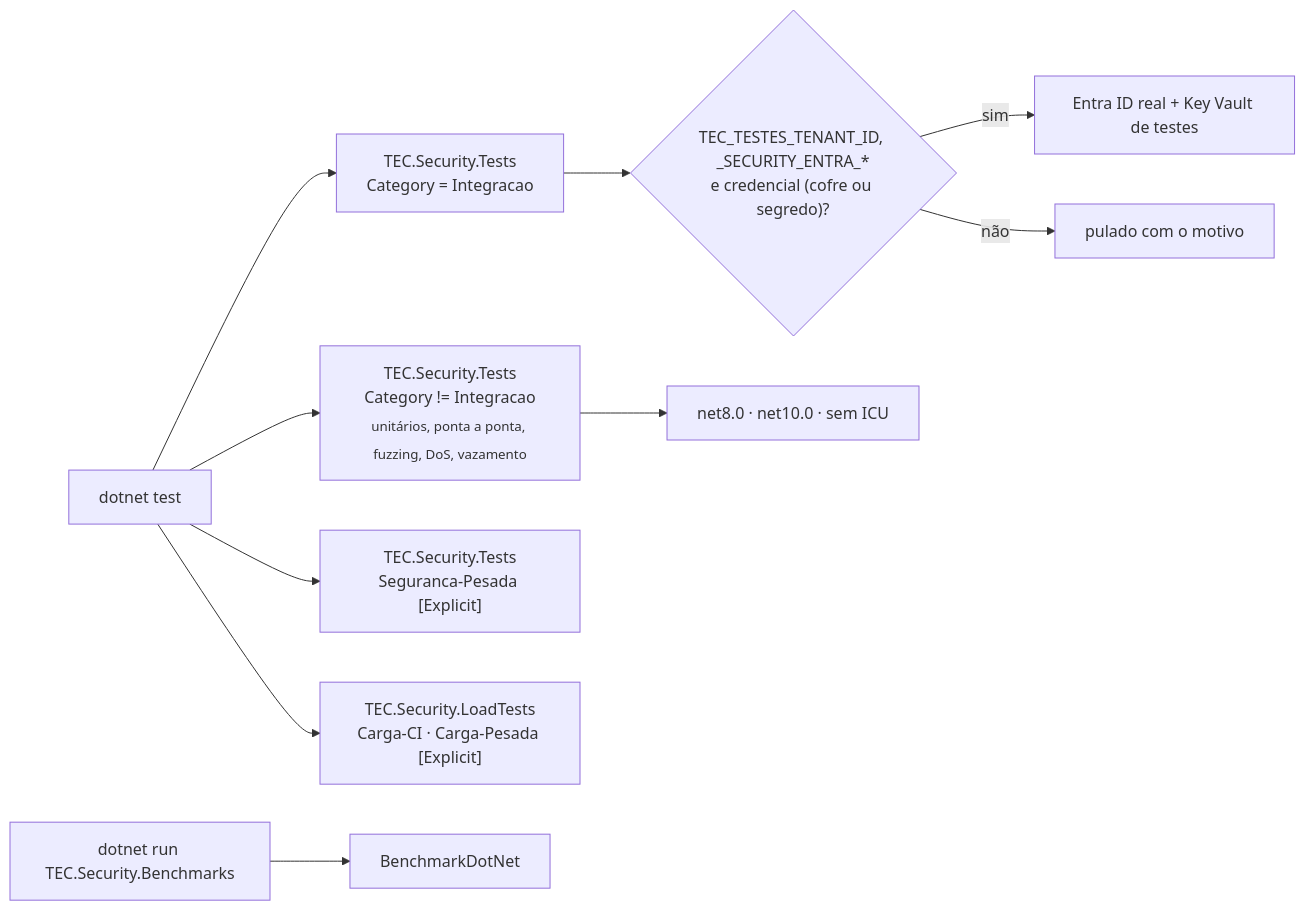
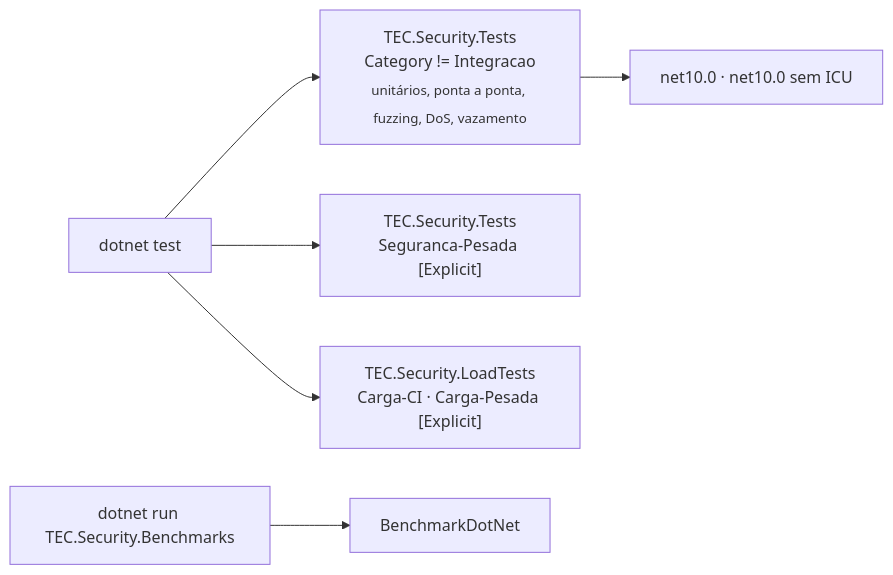
Before and after one commit to tudoemcodigo/lib-tec-security: the diagram in docs/testes.md, drawn with Mermaid. The commit also changed other lines of this file and 75 other files, not shown here.

````diff
--- a/docs/testes.md
+++ b/docs/testes.md
@@ -31,12 +30,8 @@
 ```mermaid
 flowchart LR
     T["dotnet test"] --> U["TEC.Security.Tests<br/>Category != Integracao<br/><sub>unitários, ponta a ponta, fuzzing, DoS, vazamento</sub>"]
-    T --> I["TEC.Security.Tests<br/>Category = Integracao"]
     T --> SP["TEC.Security.Tests<br/>Seguranca-Pesada [Explicit]"]
     T --> L["TEC.Security.LoadTests<br/>Carga-CI · Carga-Pesada [Explicit]"]
-    I --> Q{"TEC_TESTES_TENANT_ID, _SECURITY_ENTRA_*<br/>e credencial (cofre ou segredo)?"}
-    Q -->|sim| E["Entra ID real + Key Vault de testes"]
-    Q -->|não| SK["pulado com o motivo"]
-    U --> R["net8.0 · net10.0 · sem ICU"]
+    U --> R["net10.0 · net10.0 sem ICU"]
     B["dotnet run TEC.Security.Benchmarks"] --> BD["BenchmarkDotNet"]
 ```
````
